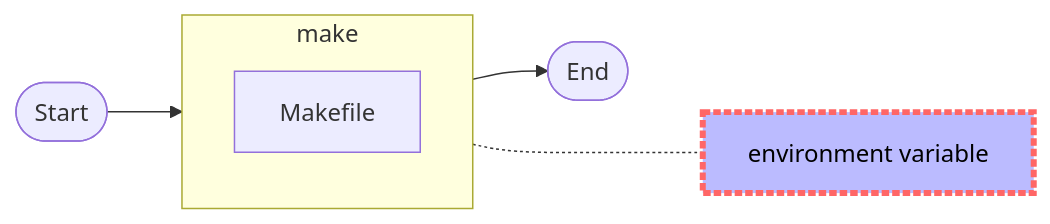
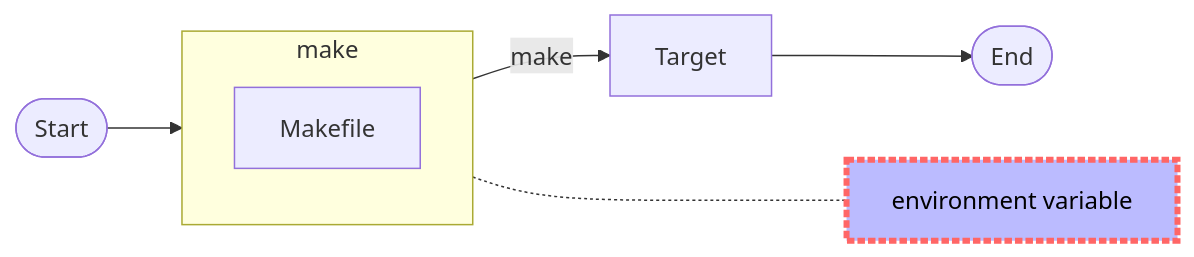
The first of 4 diagrams in README.md (lankahsu520/makeXcmakeXmesonXgn), drawn with Mermaid before and after one commit. The commit also changed other lines of this file and 16 other files, not shown here.

````diff
--- a/README.md
+++ b/README.md
@@ -13,13 +13,13 @@
 ```mermaid
 flowchart LR
 	Start([Start])
 	subgraph make[make]
 		Makefile[Makefile]
 	end
 	End([End])
 	environment[environment variable]
 	style environment fill:#bbf,color:#000000,stroke:#f66,stroke-width:4px,stroke-dasharray: 5 2
 
-	Start --> make --> End
+	Start --> make --> |make|Target -->End
 	make -..- environment
 ```
````
